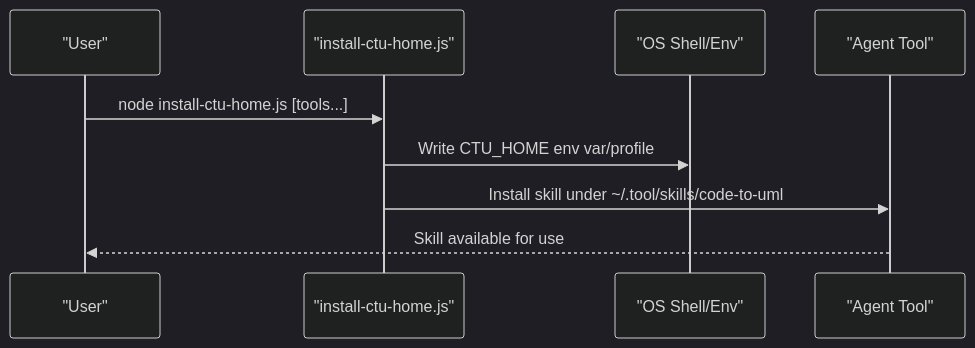
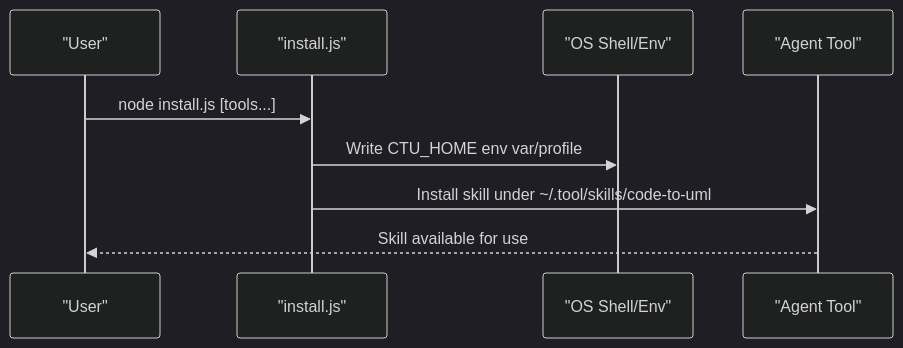
The fourth of 8 diagrams in .qoder/repowiki/en/content/AI Agent Integration/Workflow Automation.md (pingwurth/code-to-uml), drawn with Mermaid (dark theme) before and after one commit. The commit also changed other lines of this file and 26 other files, not shown here.

Commit message:
rename install-ctu-home.js install.js

````diff
--- a/.qoder/repowiki/en/content/AI Agent Integration/Workflow Automation.md
+++ b/.qoder/repowiki/en/content/AI Agent Integration/Workflow Automation.md
@@ -186,11 +186,11 @@
 ```mermaid
 sequenceDiagram
 participant User as "User"
-participant Installer as "install-ctu-home.js"
+participant Installer as "install.js"
 participant OS as "OS Shell/Env"
 participant Agent as "Agent Tool"
-User->>Installer : node install-ctu-home.js [tools...]
+User->>Installer : node install.js [tools...]
 Installer->>OS : Write CTU_HOME env var/profile
 Installer->>Agent : Install skill under ~/.tool/skills/code-to-uml
 Agent-->>User : Skill available for use
 ```
````
